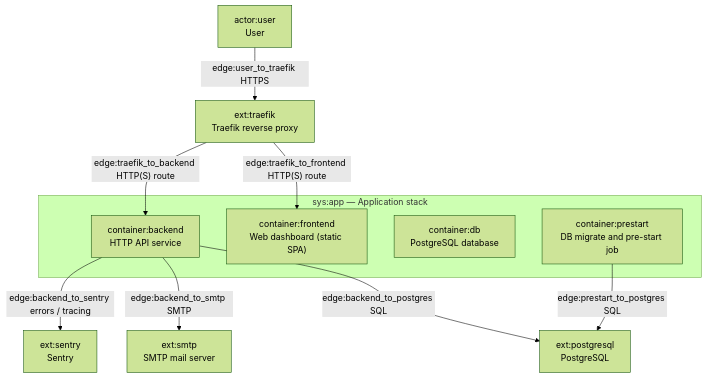
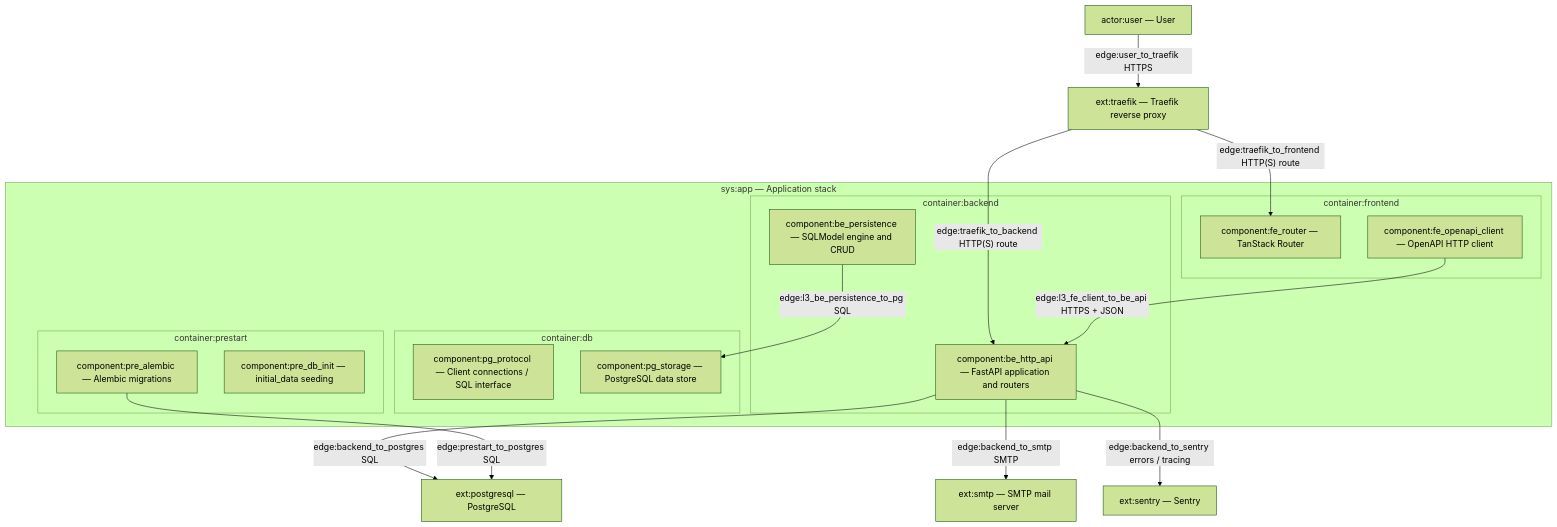
One commit to Decreen/decreen-arch-diff-demo changed the diagram in docs/c4-live.mermaid.md. Above: the diagram before and after it, drawn with Mermaid (forest theme). The commit also changed 3 other files, not shown here.

````diff
--- a/docs/c4-live.mermaid.md
+++ b/docs/c4-live.mermaid.md
@@ -3,23 +3,49 @@
 ```mermaid
 flowchart TD
-  actor_user["actor:user<br/>User"]
-  ext_tr["ext:traefik<br/>Traefik reverse proxy"]
-  ext_pg["ext:postgresql<br/>PostgreSQL"]
-  ext_smtp["ext:smtp<br/>SMTP mail server"]
-  ext_sentry["ext:sentry<br/>Sentry"]
+  actor_user["actor:user — User"]
+  ext_tr["ext:traefik — Traefik reverse proxy"]
+  ext_pg["ext:postgresql — PostgreSQL"]
+  ext_smtp["ext:smtp — SMTP mail server"]
+  ext_sentry["ext:sentry — Sentry"]
 
   subgraph sys_app["sys:app — Application stack"]
-    c_fe["container:frontend<br/>Web dashboard (static SPA)"]
-    c_be["container:backend<br/>HTTP API service"]
-    c_db["container:db<br/>PostgreSQL database"]
-    c_pre["container:prestart<br/>DB migrate and pre-start job"]
+    %% SCOPE: urn:c4:container:frontend
+    subgraph c_fe_scope["container:frontend"]
+      %% KIND: router
+      fe_r["component:fe_router — TanStack Router"]
+      %% KIND: integration
+      fe_c["component:fe_openapi_client — OpenAPI HTTP client"]
+    end
+    %% SCOPE: urn:c4:container:backend
+    subgraph c_be_scope["container:backend"]
+      %% KIND: boundary
+      be_api["component:be_http_api — FastAPI application and routers"]
+      %% KIND: data_access
+      be_da["component:be_persistence — SQLModel engine and CRUD"]
+    end
+    %% SCOPE: urn:c4:container:db
+    subgraph c_db_scope["container:db"]
+      %% KIND: boundary
+      pg_b["component:pg_protocol — Client connections / SQL interface"]
+      %% KIND: storage
+      pg_s["component:pg_storage — PostgreSQL data store"]
+    end
+    %% SCOPE: urn:c4:container:prestart
+    subgraph c_pre_scope["container:prestart"]
+      %% KIND: pipeline
+      pre_al["component:pre_alembic — Alembic migrations"]
+      %% KIND: worker
+      pre_w["component:pre_db_init — initial_data seeding"]
+    end
   end
 
   actor_user -->|"edge:user_to_traefik HTTPS"| ext_tr
-  ext_tr -->|"edge:traefik_to_frontend HTTP(S) route"| c_fe
-  ext_tr -->|"edge:traefik_to_backend HTTP(S) route"| c_be
-  c_be -->|"edge:backend_to_postgres SQL"| ext_pg
-  c_be -->|"edge:backend_to_smtp SMTP"| ext_smtp
-  c_be -->|"edge:backend_to_sentry errors / tracing"| ext_sentry
-  c_pre -->|"edge:prestart_to_postgres SQL"| ext_pg
+  ext_tr -->|"edge:traefik_to_frontend HTTP(S) route"| fe_r
+  ext_tr -->|"edge:traefik_to_backend HTTP(S) route"| be_api
+  be_api -->|"edge:backend_to_postgres SQL"| ext_pg
+  be_api -->|"edge:backend_to_smtp SMTP"| ext_smtp
+  be_api -->|"edge:backend_to_sentry errors / tracing"| ext_sentry
+  pre_al -->|"edge:prestart_to_postgres SQL"| ext_pg
+  fe_c -->|"edge:l3_fe_client_to_be_api HTTPS + JSON"| be_api
+  be_da -->|"edge:l3_be_persistence_to_pg SQL"| pg_s
 ```
````
